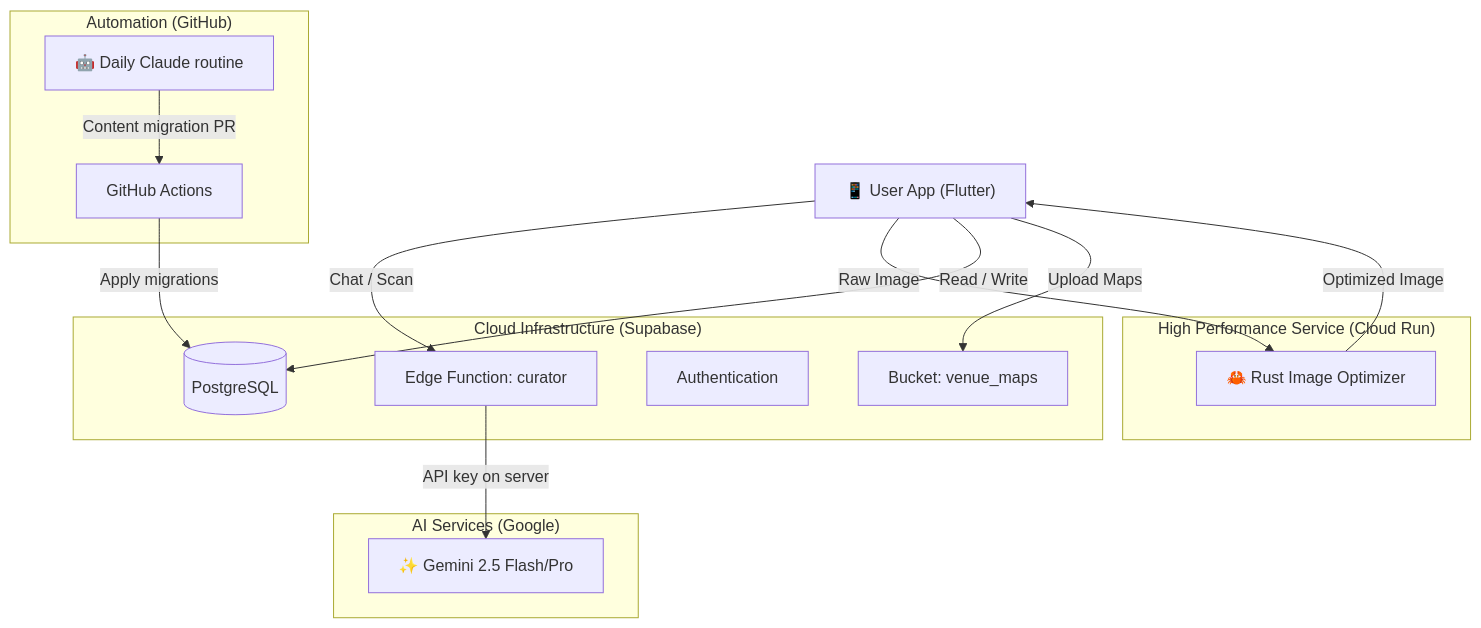
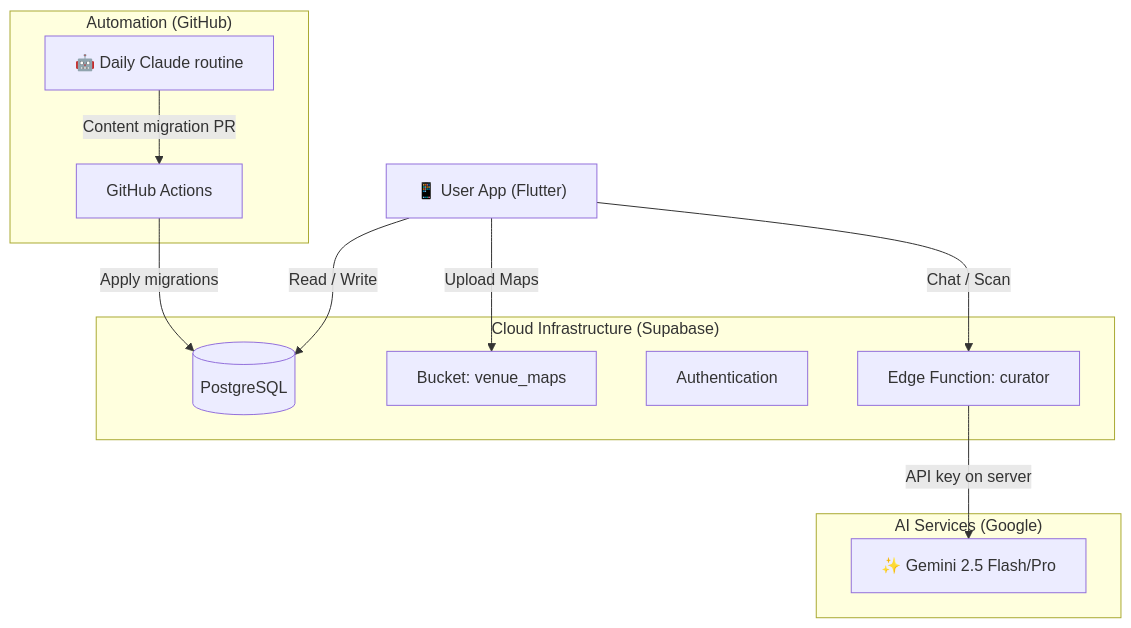
Before and after one commit to naki0227/encura: the first of 2 diagrams in README.ja.md, drawn with Mermaid. The commit also changed other lines of this file and 18 other files, not shown here.

First line of the commit message:
Resize scan photos on the device and drop the Cloud Run optimizer

````diff
--- a/README.ja.md
+++ b/README.ja.md
@@ -93,35 +91,29 @@
 ```mermaid
 graph TD
     User["📱 User App (Flutter)"]
     
     subgraph "Cloud Infrastructure (Supabase)"
         DB[("PostgreSQL")]
         Storage["Bucket: venue_maps"]
         Auth["Authentication"]
         Curator["Edge Function: curator"]
-    end
-    
-    subgraph "High Performance Service (Cloud Run)"
-        Rust["🦀 Rust Image Optimizer"]
     end
     
     subgraph "AI Services (Google)"
         Gemini["✨ Gemini 2.5 Flash/Pro"]
     end
     
     subgraph "Automation (GitHub)"
         Routine["🤖 Daily Claude routine"]
         Actions["GitHub Actions"]
     end
 
     %% Flows
     User -->|Chat / Scan| Curator
     Curator -->|API key on server| Gemini
-    User -->|Raw Image| Rust
-    Rust -->|Optimized Image| User
     User -->|Read / Write| DB
     User -->|Upload Maps| Storage
     
     Routine -->|Content migration PR| Actions
     Actions -->|Apply migrations| DB
 ```
````
